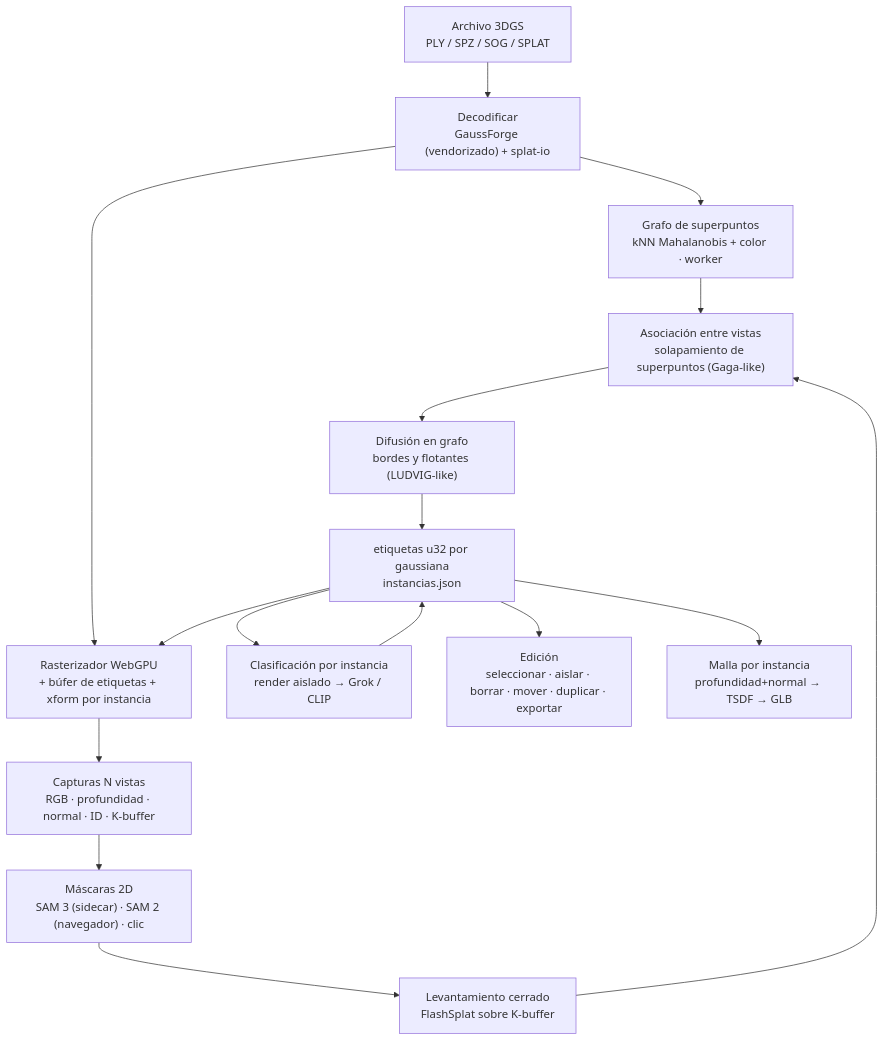
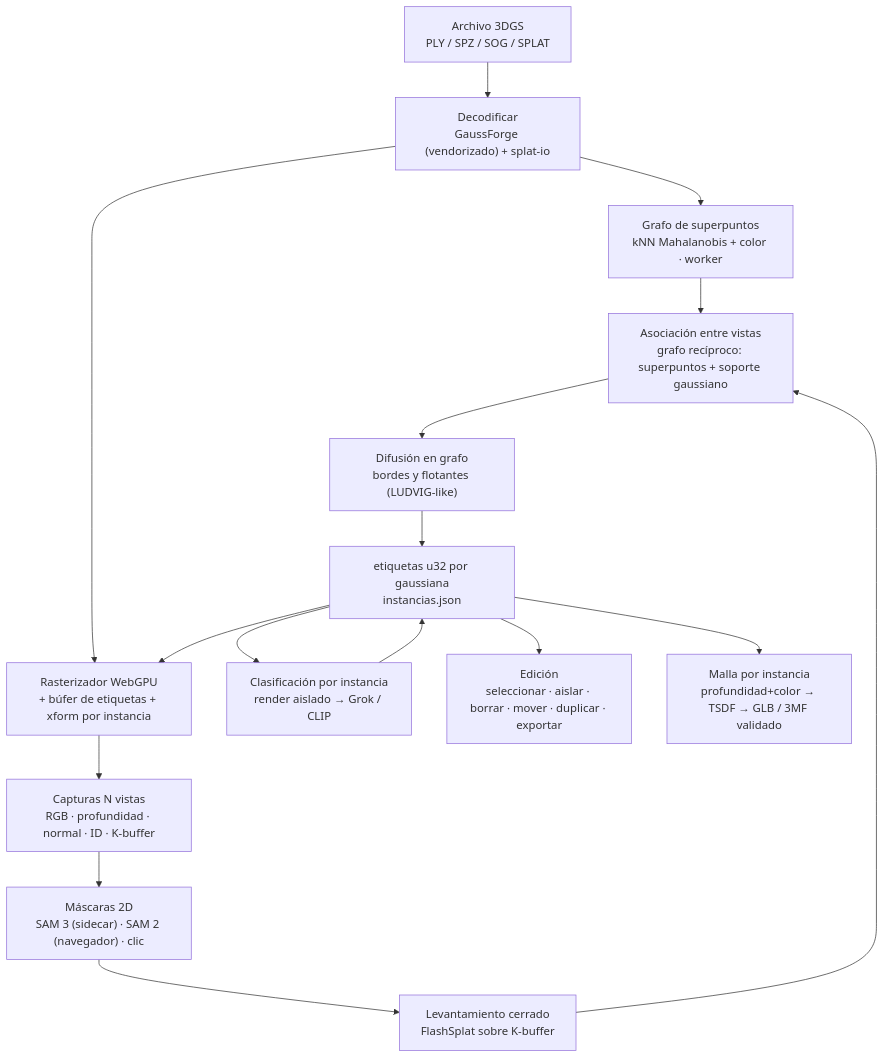
The diagram in docs/plan-segmentacion-edicion-3dgs.md (EdwinKestler/Gaussian-Splatting-WebViewers), drawn with Mermaid before and after one commit. The commit also changed other lines of this file and 17 other files, not shown here.

````diff
--- a/docs/plan-segmentacion-edicion-3dgs.md
+++ b/docs/plan-segmentacion-edicion-3dgs.md
@@ -147,18 +147,18 @@
 ```mermaid
 flowchart TD
   A["Archivo 3DGS<br/>PLY / SPZ / SOG / SPLAT"] --> B["Decodificar<br/>GaussForge (vendorizado) + splat-io"]
   B --> C["Grafo de superpuntos<br/>kNN Mahalanobis + color · worker"]
   B --> D["Rasterizador WebGPU<br/>+ búfer de etiquetas + xform por instancia"]
   D --> E["Capturas N vistas<br/>RGB · profundidad · normal · ID · K-buffer"]
   E --> F["Máscaras 2D<br/>SAM 3 (sidecar) · SAM 2 (navegador) · clic"]
   F --> G["Levantamiento cerrado<br/>FlashSplat sobre K-buffer"]
-  C --> H["Asociación entre vistas<br/>solapamiento de superpuntos (Gaga-like)"]
+  C --> H["Asociación entre vistas<br/>grafo recíproco: superpuntos + soporte gaussiano"]
   G --> H
   H --> I["Difusión en grafo<br/>bordes y flotantes (LUDVIG-like)"]
   I --> J["etiquetas u32 por gaussiana<br/>instancias.json"]
   J --> D
   J --> K["Clasificación por instancia<br/>render aislado → Grok / CLIP"]
   J --> L["Edición<br/>seleccionar · aislar · borrar · mover · duplicar · exportar"]
-  J --> M["Malla por instancia<br/>profundidad+normal → TSDF → GLB"]
+  J --> M["Malla por instancia<br/>profundidad+color → TSDF → GLB / 3MF validado"]
   K --> J
 ```
````
